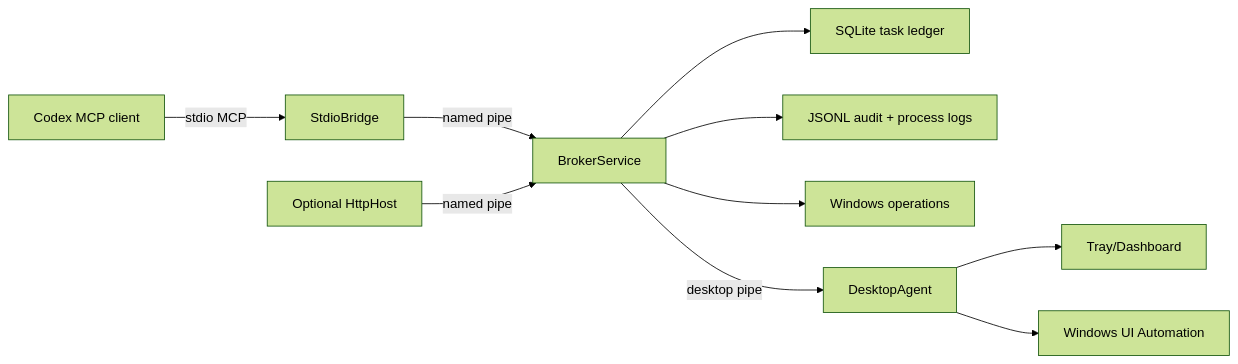
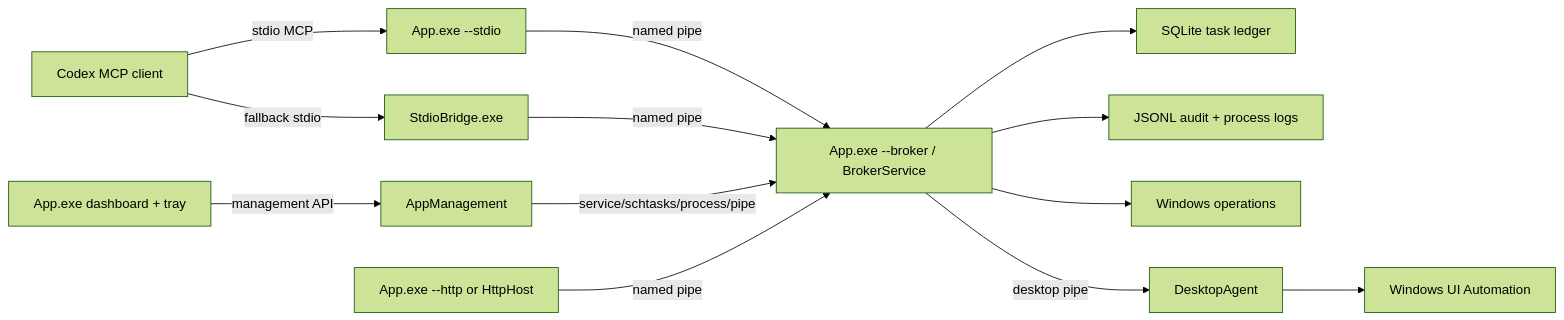
The diagram in ARCHITECTURE.md (JeriahNeal1/WinMCPd), drawn with Mermaid (forest theme) before and after one commit. The commit also changed other lines of this file and 40 other files, not shown here.

First line of the commit message:
Add all-in-one WPF app shell, app-management, scripts & docs

````diff
--- a/ARCHITECTURE.md
+++ b/ARCHITECTURE.md
@@ -3,12 +3,15 @@
 ```mermaid
 flowchart LR
-    Codex["Codex MCP client"] -->|"stdio MCP"| Bridge["StdioBridge"]
-    Bridge -->|"named pipe"| Broker["BrokerService"]
+    Codex["Codex MCP client"] -->|"stdio MCP"| AppStdio["App.exe --stdio"]
+    Codex -->|"fallback stdio"| Bridge["StdioBridge.exe"]
+    AppStdio -->|"named pipe"| Broker["App.exe --broker / BrokerService"]
+    Bridge -->|"named pipe"| Broker
     Broker --> SQLite["SQLite task ledger"]
     Broker --> Logs["JSONL audit + process logs"]
     Broker --> WinOps["Windows operations"]
     Broker -->|"desktop pipe"| Desktop["DesktopAgent"]
-    Desktop --> Tray["Tray/Dashboard"]
+    AppDash["App.exe dashboard + tray"] -->|"management API"| AppMgmt["AppManagement"]
+    AppMgmt -->|"service/schtasks/process/pipe"| Broker
     Desktop --> UIA["Windows UI Automation"]
-    Http["Optional HttpHost"] -->|"named pipe"| Broker
+    Http["App.exe --http or HttpHost"] -->|"named pipe"| Broker
 ```
````
